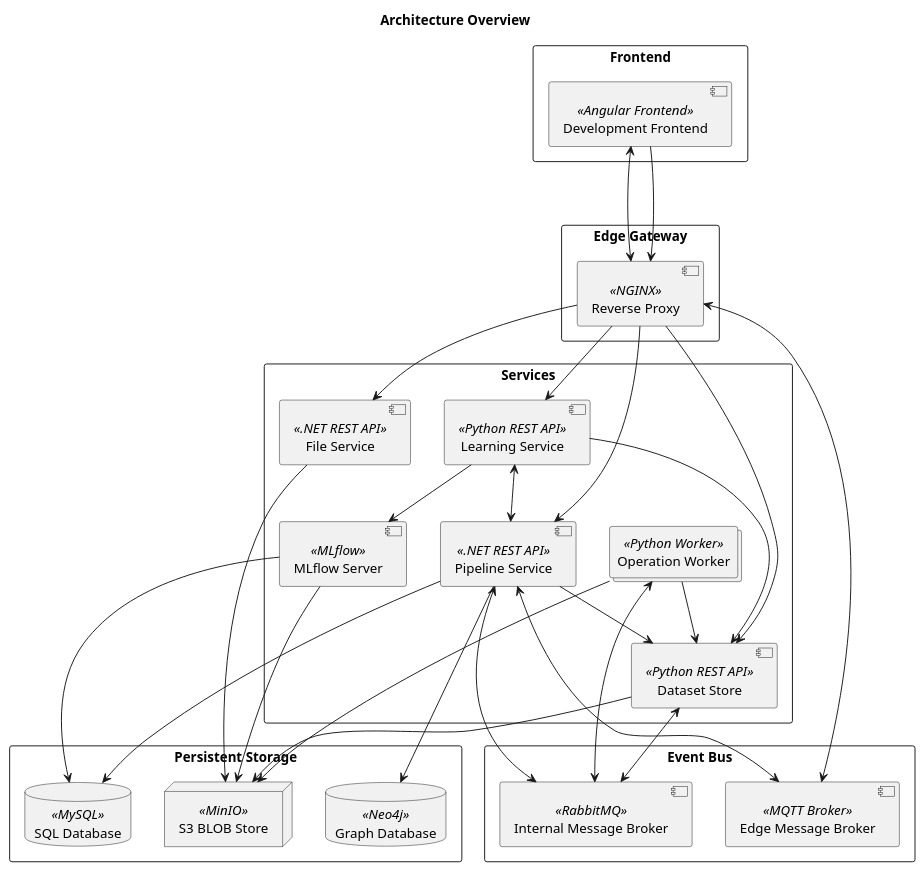
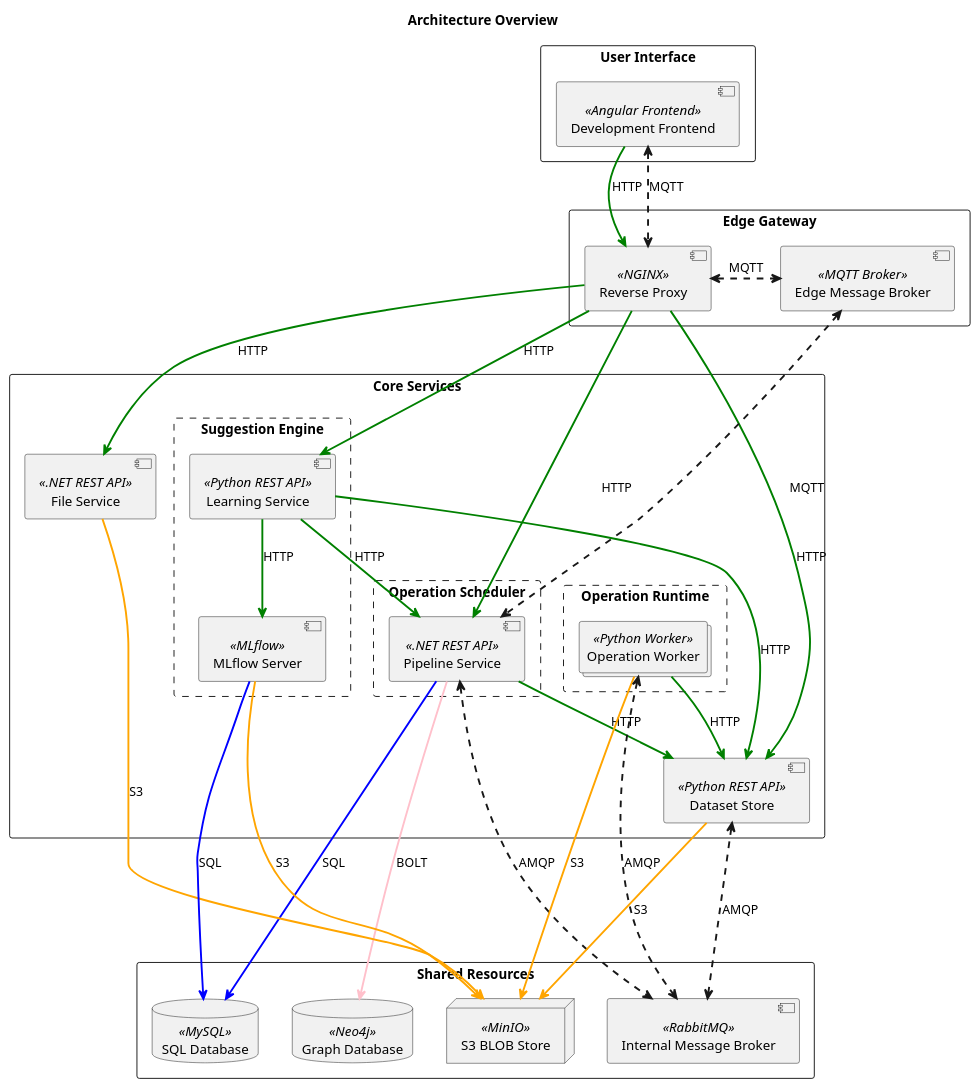
Before and after one commit to project-hanse/prototype-a: the diagram in docs/architecture/overview.puml, drawn with PlantUML. The commit also changed 1 other file, not shown here.

Commit message:
docs: update architecture overview

```diff
--- a/docs/architecture/overview.puml
+++ b/docs/architecture/overview.puml
@@ -1,79 +1,90 @@
 @startuml
 'https://plantuml.com/deployment-diagram
+
+' Style '
+' skinparam linetype polyline
+' skinparam linetype ortho
+top to bottom direction
 
 title "Architecture Overview"
 
 'Definitions'
 
-rectangle "Frontend" {
+rectangle "User Interface" {
     component "Development Frontend" << Angular Frontend >> as development_frontend
 }
 
 rectangle "Edge Gateway" {
     component "Reverse Proxy" << NGINX >> as reverse_proxy
-}
-
-rectangle "Event Bus" {
-    component "Internal Message Broker" << RabbitMQ >> as message_broker_internal
     component "Edge Message Broker" << MQTT Broker >> as message_broker_edge
 }
 
-rectangle "Services" {
-    component "Pipeline Service" << .NET REST API >> as pipeline_service
-    collections  "Operation Worker" <<Python Worker>> as worker
-    component "Learning Service" << Python REST API >> as learning_service
+rectangle "Core Services" {
+		rectangle "Operation Scheduler" as operation_scheduler #line.dashed {
+			component "Pipeline Service" << .NET REST API >> as pipeline_service
+    }
+
+    rectangle "Suggestion Engine" as suggestions_engine #line.dashed {
+        component "Learning Service" << Python REST API >> as learning_service
+        component "MLflow Server" << MLflow >> as mlflow_server
+    }
+
+    rectangle "Operation Runtime" as operation_runtime #line.dashed {
+    	collections  "Operation Worker" <<Python Worker>> as worker
+    }
+
     component "File Service" << .NET REST API >> as file_service
-    ' component "Database Admin" << Adminer >> as adminer
-    component "Dataset Store" << Python REST API >> as dataset_store
-    component "MLflow Server" << MLflow >> as mlflow_server
+		component "Dataset Store" << Python REST API >> as dataset_store
 }
 
-rectangle "Persistent Storage" {
+rectangle "Shared Resources" {
     database "Graph Database" << Neo4j >> as graph_db
     node "S3 BLOB Store" << MinIO >> as blob_store_minio
     'database #line.dashed "Dataset Database" << MongoDB >> as dataset_db
     database "SQL Database" << MySQL >> as mysql_db
+    component "Internal Message Broker" << RabbitMQ >> as message_broker_internal
 }
+
 
 'Interaction'
 
-development_frontend <---> reverse_proxy
-development_frontend --> reverse_proxy
+development_frontend -[#green,thickness=2]-> reverse_proxy : HTTP
+development_frontend <-[dashed,thickness=2]-> reverse_proxy : MQTT
 
-reverse_proxy --> pipeline_service
-reverse_proxy --> learning_service
-reverse_proxy --> file_service
-reverse_proxy <--> message_broker_edge
+reverse_proxy -[#green,thickness=2]-> pipeline_service : HTTP
+reverse_proxy -[#green,thickness=2]-> learning_service : HTTP
+reverse_proxy -[#green,thickness=2]-> file_service : HTTP
+reverse_proxy <-[dashed,thickness=2]r-> message_broker_edge : MQTT
 'TODO: This connection should no longer exist'
-reverse_proxy --> dataset_store
+reverse_proxy -[#green,thickness=2]-> dataset_store : HTTP
 ' reverse_proxy --> mlflow_server
 'reverse_proxy --> adminer
 ' reverse_proxy --> message_broker_internal
 
-learning_service --> mlflow_server
-learning_service --> dataset_store
-learning_service <--> pipeline_service
+pipeline_service -[#pink,thickness=2]-> graph_db : BOLT
+pipeline_service <-[dashed,thickness=2]-> message_broker_internal : AMQP
+message_broker_edge <-[dashed,thickness=2]--> pipeline_service : MQTT
+pipeline_service -[#blue,thickness=2]-> mysql_db : SQL
+pipeline_service -[#green,thickness=2]-> dataset_store : HTTP
 
-pipeline_service --> graph_db
-pipeline_service <---> message_broker_internal
-pipeline_service <---> message_broker_edge
-pipeline_service --> mysql_db
-pipeline_service --> dataset_store
+learning_service -[#green,thickness=2]-> mlflow_server : HTTP
+learning_service -[#green,thickness=2]-> dataset_store : HTTP
+learning_service -[#green,thickness=2]-> pipeline_service : HTTP
 
 'adminer --> mysql_db
 
-dataset_store --> blob_store_minio
-dataset_store <--> message_broker_internal
+dataset_store -[#orange,thickness=2]-> blob_store_minio : S3
+dataset_store <-[dashed,thickness=2]--> message_broker_internal : AMQP
 'TODO: Default files should be seeded from file service PH-213'
 ' dataset_store --> blob_store
 
-file_service --> blob_store_minio
+file_service -[#orange,thickness=2]-> blob_store_minio : S3
 
-mlflow_server --> mysql_db
-mlflow_server --> blob_store_minio
+mlflow_server -[#blue,thickness=2]-> mysql_db : SQL
+mlflow_server -[#orange,thickness=2]-> blob_store_minio : S3
 
-worker --> dataset_store
-worker --> blob_store_minio
-worker <--> message_broker_internal
+worker -[#green,thickness=2]-> dataset_store : HTTP
+worker -[#orange,thickness=2]-> blob_store_minio : S3
+worker <-[dashed,thickness=2]-> message_broker_internal : AMQP
 
 @enduml
```
